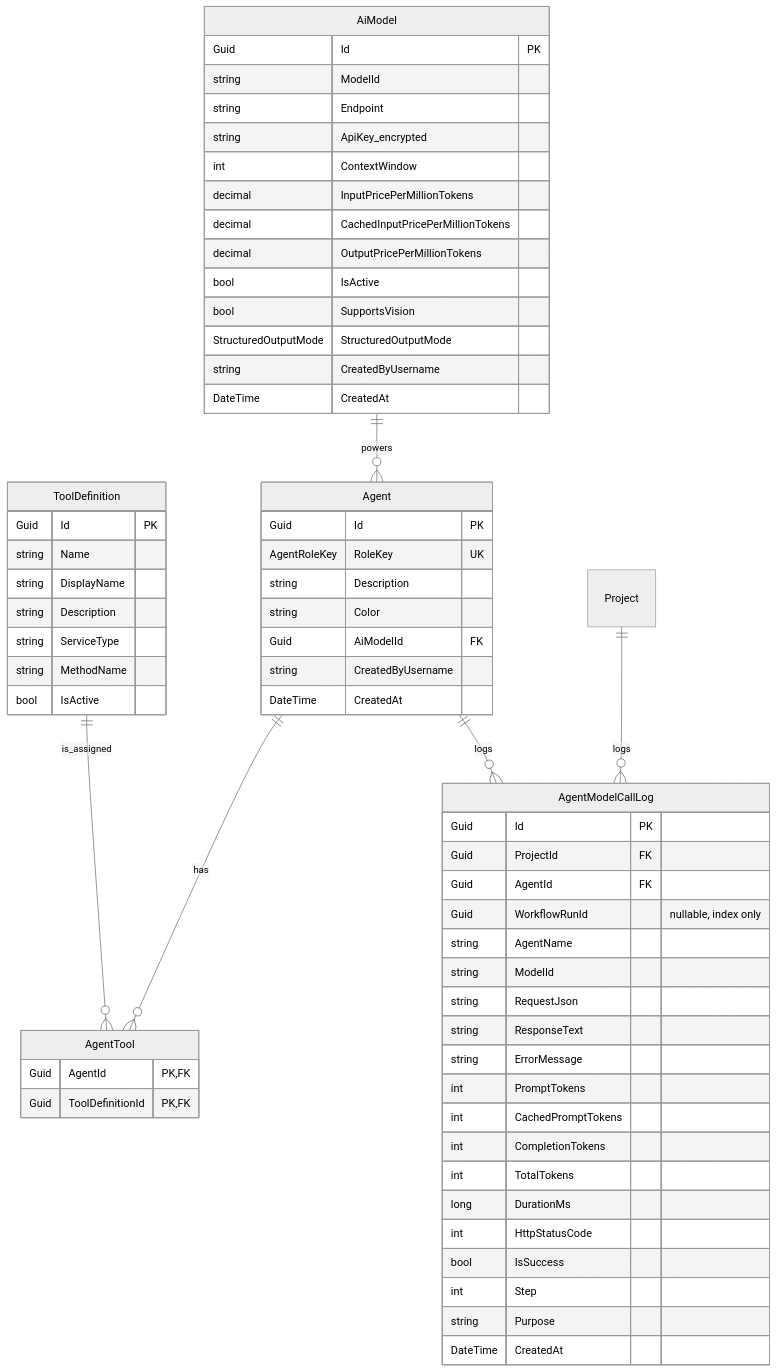
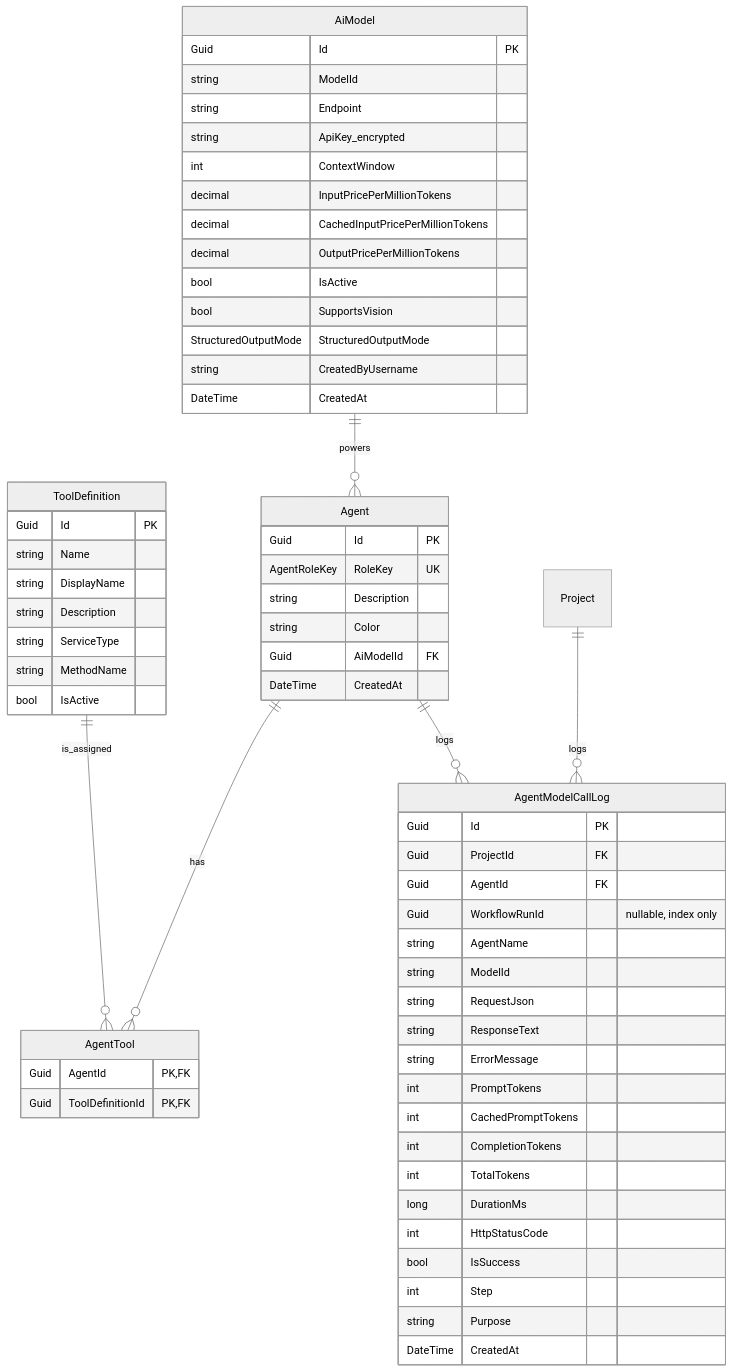
Before and after one commit to Songlong0506/ICOGenerator-v4: the fifth of 9 diagrams in docs/data-model.md, drawn with Mermaid (neutral theme). The commit also changed other lines of this file and 65 other files, not shown here.

````diff
--- a/docs/data-model.md
+++ b/docs/data-model.md
@@ -278,71 +275,70 @@
 ```mermaid
 erDiagram
     AiModel {
         Guid Id PK
         string ModelId
         string Endpoint
         string ApiKey_encrypted
         int ContextWindow
         decimal InputPricePerMillionTokens
         decimal CachedInputPricePerMillionTokens
         decimal OutputPricePerMillionTokens
         bool IsActive
         bool SupportsVision
         StructuredOutputMode StructuredOutputMode
         string CreatedByUsername
         DateTime CreatedAt
     }
 
     Agent {
         Guid Id PK
         AgentRoleKey RoleKey UK
         string Description
         string Color
         Guid AiModelId FK
-        string CreatedByUsername
         DateTime CreatedAt
     }
 
     ToolDefinition {
         Guid Id PK
         string Name
         string DisplayName
         string Description
         string ServiceType
         string MethodName
         bool IsActive
     }
 
     AgentTool {
         Guid AgentId PK, FK
         Guid ToolDefinitionId PK, FK
     }
 
     AgentModelCallLog {
         Guid Id PK
         Guid ProjectId FK
         Guid AgentId FK
         Guid WorkflowRunId "nullable, index only"
         string AgentName
         string ModelId
         string RequestJson
         string ResponseText
         string ErrorMessage
         int PromptTokens
         int CachedPromptTokens
         int CompletionTokens
         int TotalTokens
         long DurationMs
         int HttpStatusCode
         bool IsSuccess
         int Step
         string Purpose
         DateTime CreatedAt
     }
 
     AiModel ||--o{ Agent : powers
     Agent ||--o{ AgentTool : has
     ToolDefinition ||--o{ AgentTool : is_assigned
     Project ||--o{ AgentModelCallLog : logs
     Agent ||--o{ AgentModelCallLog : logs
 ```
````
